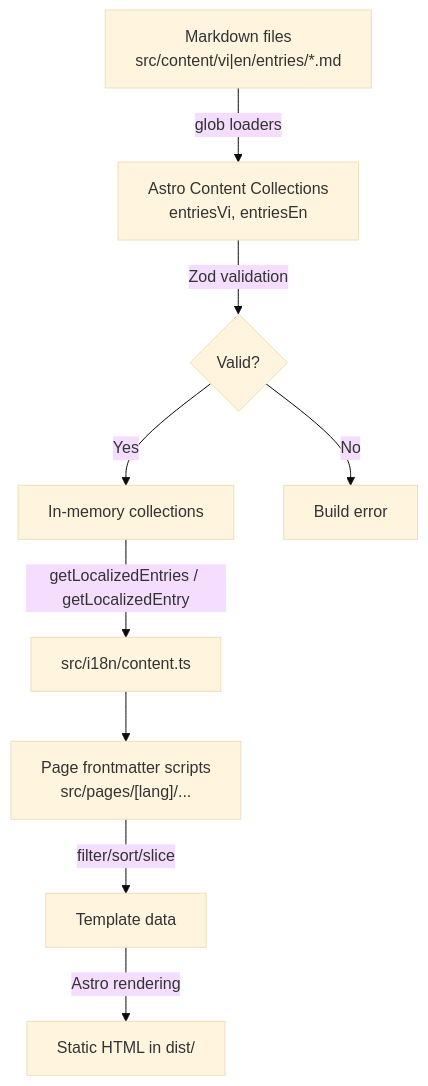
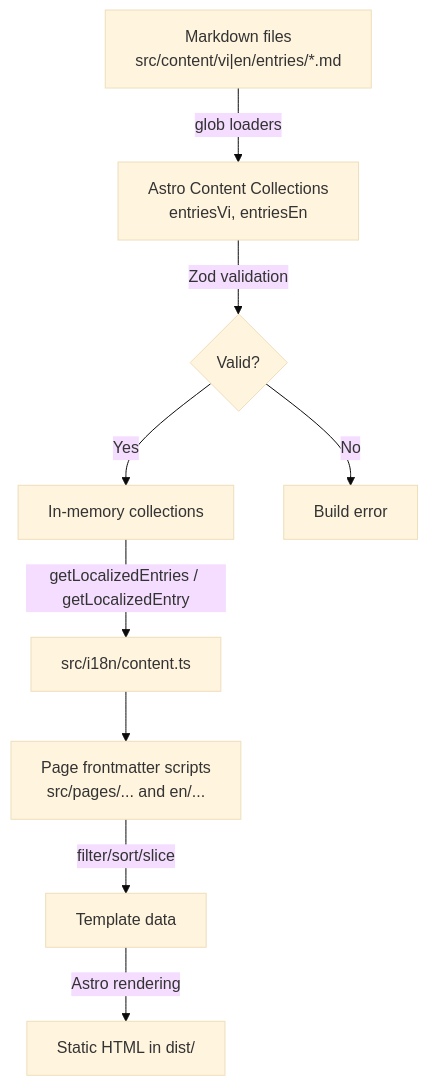
One commit to khanhhung142/mythic-pages changed the first of 3 diagrams in doc/data-flow.md. Above: the diagram before and after it, drawn with Mermaid (base theme). The commit also changed other lines of this file and 26 other files, not shown here.

````diff
--- a/doc/data-flow.md
+++ b/doc/data-flow.md
@@ -7,11 +7,11 @@
 ```mermaid
 graph TD
     A["Markdown files<br/>src/content/vi|en/entries/*.md"] -->|"glob loaders"| B["Astro Content Collections<br/>entriesVi, entriesEn"]
     B -->|"Zod validation"| C{"Valid?"}
     C -->|"Yes"| D["In-memory collections"]
     C -->|"No"| E["Build error"]
     D -->|"getLocalizedEntries / getLocalizedEntry"| F["src/i18n/content.ts"]
-    F --> G["Page frontmatter scripts<br/>src/pages/[lang]/..."]
+    F --> G["Page frontmatter scripts<br/>src/pages/... and en/..."]
     G -->|"filter/sort/slice"| H["Template data"]
     H -->|"Astro rendering"| I["Static HTML in dist/"]
 ```
````
